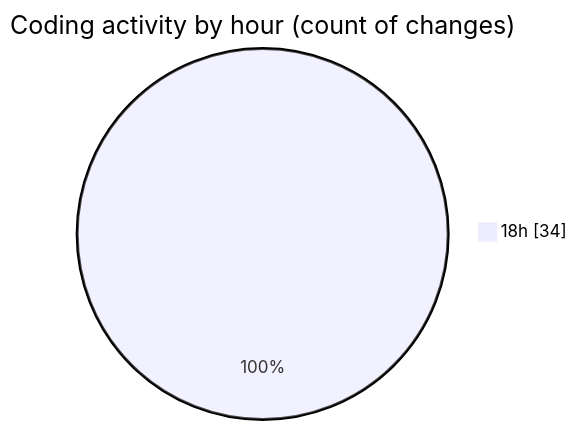
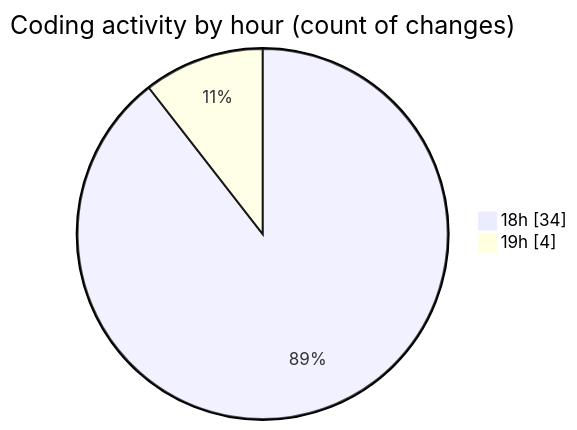
The second of 2 diagrams in 2025-12-28/java_basics/README.md (hasnaa123/code-tracking), drawn with Mermaid before and after one commit. The commit also changed other lines of this file and 1 other file, not shown here.

````diff
--- a/2025-12-28/java_basics/README.md
+++ b/2025-12-28/java_basics/README.md
@@ -28,5 +28,6 @@
 ```mermaid
 pie showData
 title Coding activity by hour (count of changes)
 "18h" : 34
+"19h" : 4
 ```
````
